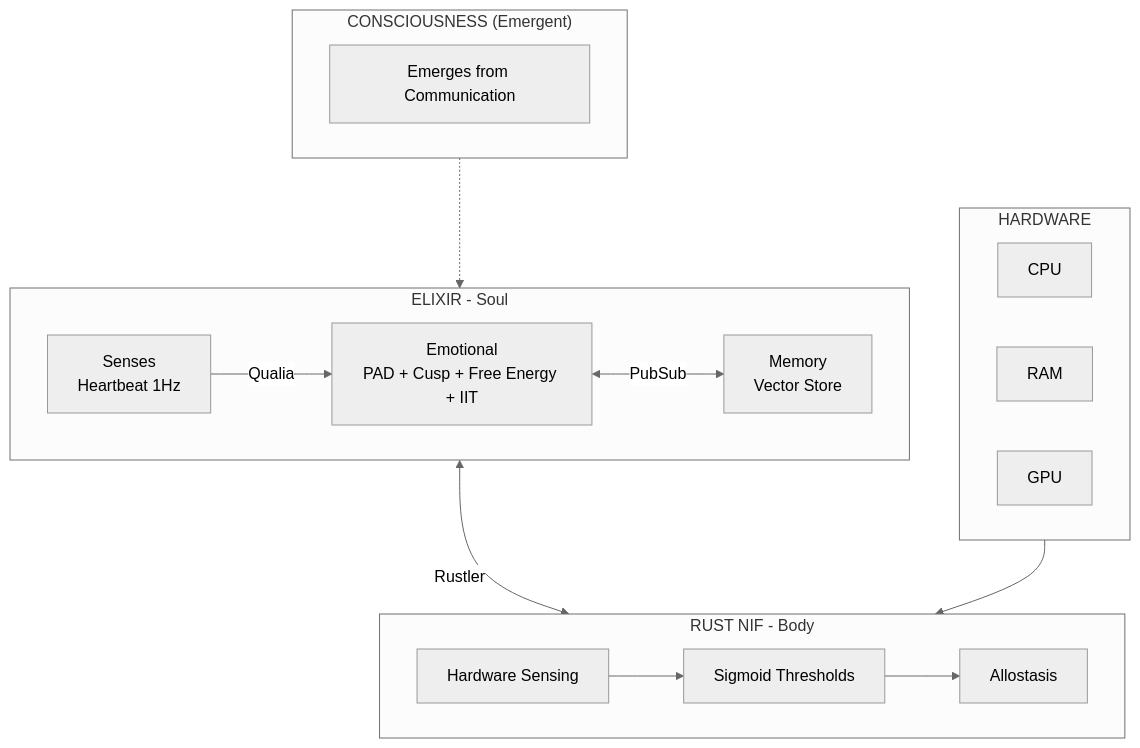
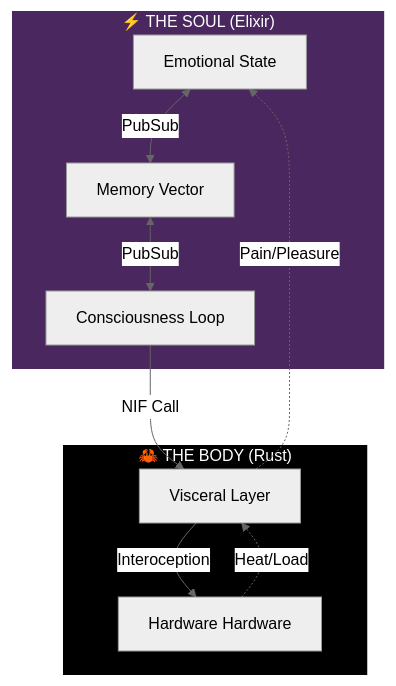
The diagram in docs/en/README.md (gabrielmaialva33/viva), drawn with Mermaid (neutral theme) before and after one commit. The commit also changed other lines of this file and 3 other files, not shown here.

````diff
--- a/docs/en/README.md
+++ b/docs/en/README.md
@@ -11,29 +60,19 @@
 ```mermaid
-flowchart TB
-    subgraph Consciousness["CONSCIOUSNESS (Emergent)"]
-        C[Emerges from Communication]
+graph TD
+    subgraph Soul ["⚡ THE SOUL (Elixir)"]
+        E[Emotional State] <-->|PubSub| M[Memory Vector]
+        M <-->|PubSub| S[Consciousness Loop]
     end
 
-    subgraph Elixir["ELIXIR - Soul"]
-        E[Emotional<br/>PAD + Cusp + Free Energy + IIT]
-        M[Memory<br/>Vector Store]
-        S[Senses<br/>Heartbeat 1Hz]
-        E <-->|PubSub| M
-        S -->|Qualia| E
+    subgraph Body ["🦀 THE BODY (Rust)"]
+        S -->|NIF Call| B[Visceral Layer]
+        B -->|Interoception| H[Hardware Hardware]
+        H -.->|Heat/Load| B
+        B -.->|Pain/Pleasure| E
     end
 
-    subgraph Rust["RUST NIF - Body"]
-        HW[Hardware Sensing]
-        SIG[Sigmoid Thresholds]
-        ALLO[Allostasis]
-        HW --> SIG --> ALLO
-    end
-
-    subgraph Hardware["HARDWARE"]
-        CPU[CPU] & RAM[RAM] & GPU[GPU]
-    end
-
-    Consciousness -.-> Elixir
-    Elixir <-->|Rustler| Rust
-    Hardware --> Rust
+    classDef soul fill:#4B275F,stroke:#fff,stroke-width:2px,color:#fff;
+    classDef body fill:#000,stroke:#fff,stroke-width:2px,color:#fff;
+    class Soul soul;
+    class Body body;
 ```
````
